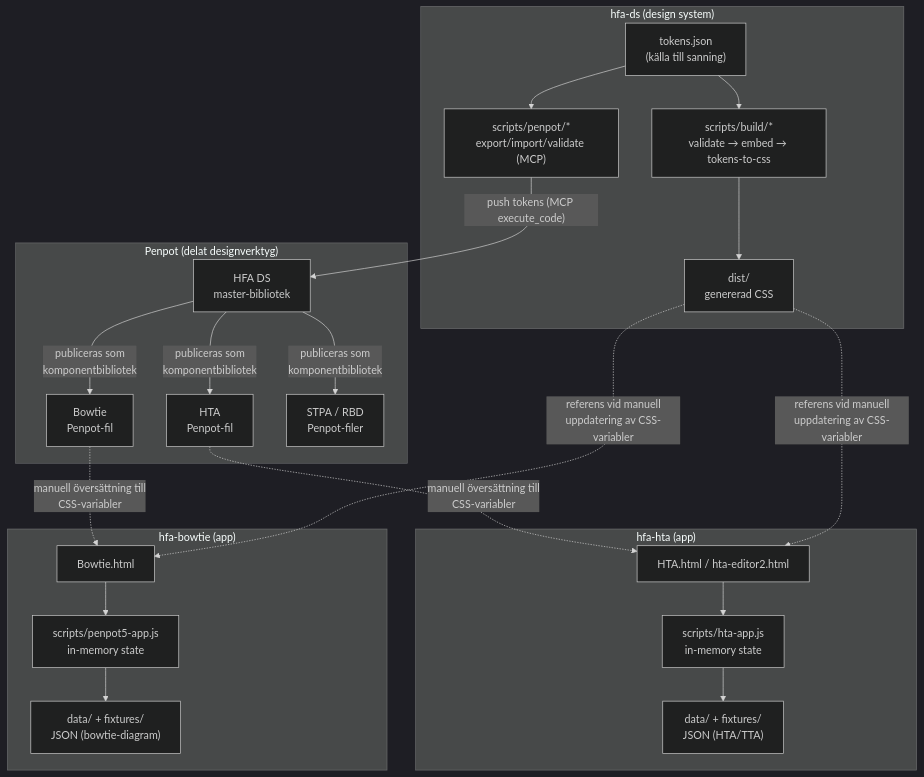
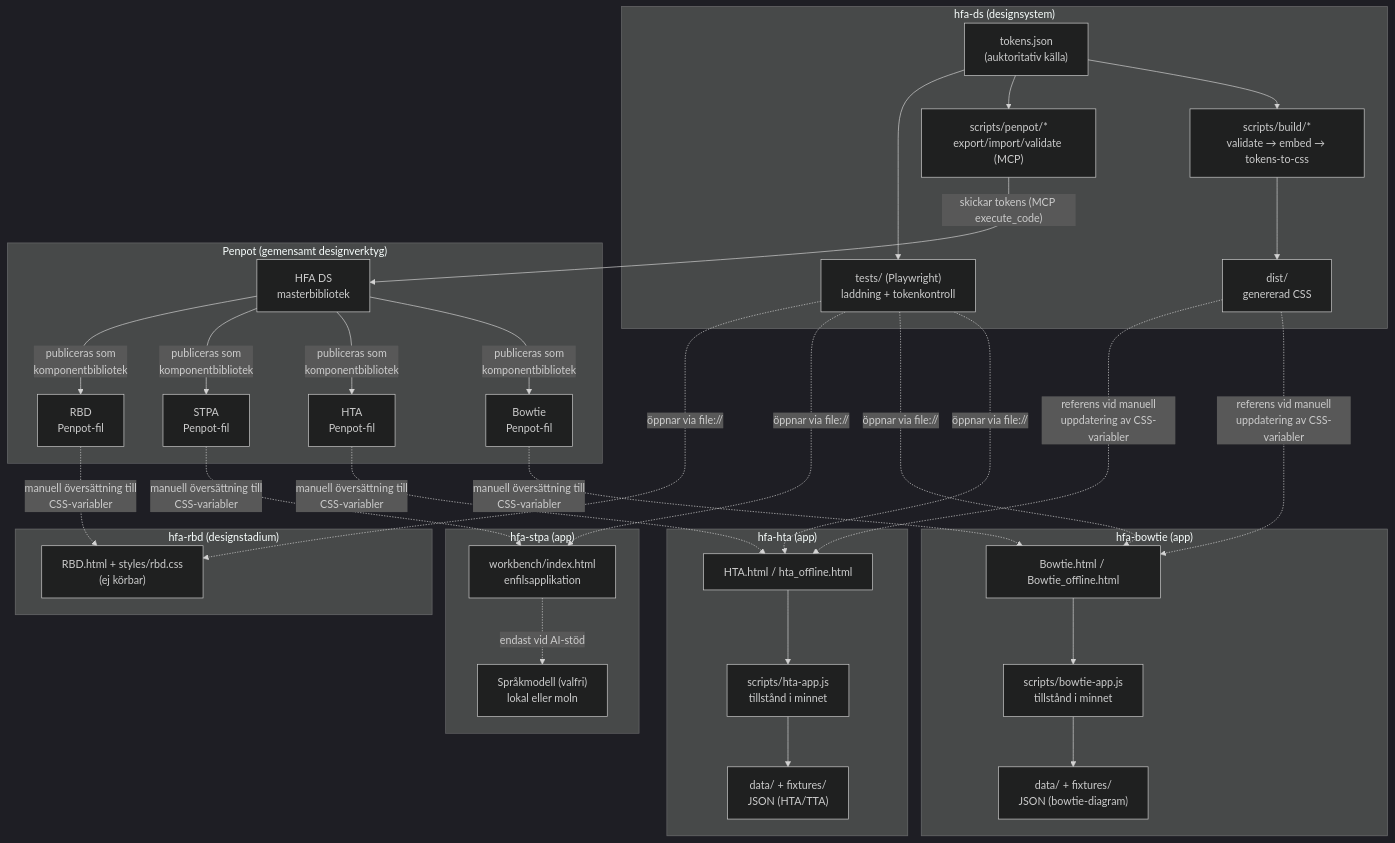
The first of 3 diagrams in arkitektur.md (larswpettersson/hfa-ds), drawn with Mermaid (dark theme) before and after one commit. The commit also changed other lines of this file and 1 other file, not shown here.

First line of the commit message:
Docs: update architecture for STPA, RBD and the offline-first rationale

````diff
--- a/arkitektur.md
+++ b/arkitektur.md
@@ -23,43 +67,64 @@
 ```mermaid
 flowchart TB
-    subgraph DS["hfa-ds (design system)"]
-        tokens["tokens.json<br/>(källa till sanning)"]
+    subgraph DS["hfa-ds (designsystem)"]
+        tokens["tokens.json<br/>(auktoritativ källa)"]
         buildScripts["scripts/build/*<br/>validate → embed → tokens-to-css"]
         penpotScripts["scripts/penpot/*<br/>export/import/validate (MCP)"]
         dist["dist/<br/>genererad CSS"]
+        tests["tests/ (Playwright)<br/>laddning + tokenkontroll"]
         tokens --> buildScripts --> dist
         tokens --> penpotScripts
+        tokens --> tests
     end
 
-    subgraph Penpot["Penpot (delat designverktyg)"]
-        masterLib["HFA DS<br/>master-bibliotek"]
+    subgraph Penpot["Penpot (gemensamt designverktyg)"]
+        masterLib["HFA DS<br/>masterbibliotek"]
         bowtieFile["Bowtie<br/>Penpot-fil"]
         htaFile["HTA<br/>Penpot-fil"]
-        otherFiles["STPA / RBD<br/>Penpot-filer"]
+        stpaFile["STPA<br/>Penpot-fil"]
+        rbdFile["RBD<br/>Penpot-fil"]
     end
 
     subgraph HTA["hfa-hta (app)"]
-        htaHtml["HTA.html / hta-editor2.html"]
-        htaApp["scripts/hta-app.js<br/>in-memory state"]
+        htaHtml["HTA.html / hta_offline.html"]
+        htaApp["scripts/hta-app.js<br/>tillstånd i minnet"]
         htaData["data/ + fixtures/<br/>JSON (HTA/TTA)"]
         htaHtml --> htaApp --> htaData
     end
 
     subgraph Bowtie["hfa-bowtie (app)"]
-        bowtieHtml["Bowtie.html"]
-        bowtieApp["scripts/penpot5-app.js<br/>in-memory state"]
+        bowtieHtml["Bowtie.html / Bowtie_offline.html"]
+        bowtieApp["scripts/bowtie-app.js<br/>tillstånd i minnet"]
         bowtieData["data/ + fixtures/<br/>JSON (bowtie-diagram)"]
         bowtieHtml --> bowtieApp --> bowtieData
     end
 
-    penpotScripts -- "push tokens (MCP execute_code)" --> masterLib
+    subgraph STPA["hfa-stpa (app)"]
+        wb["workbench/index.html<br/>enfilsapplikation"]
+        llm["Språkmodell (valfri)<br/>lokal eller moln"]
+        wb -. "endast vid AI-stöd" .-> llm
+    end
+
+    subgraph RBD["hfa-rbd (designstadium)"]
+        rbdHtml["RBD.html + styles/rbd.css<br/>(ej körbar)"]
+    end
+
+    penpotScripts -- "skickar tokens (MCP execute_code)" --> masterLib
     masterLib -- "publiceras som<br/>komponentbibliotek" --> bowtieFile
     masterLib -- "publiceras som<br/>komponentbibliotek" --> htaFile
-    masterLib -- "publiceras som<br/>komponentbibliotek" --> otherFiles
+    masterLib -- "publiceras som<br/>komponentbibliotek" --> stpaFile
+    masterLib -- "publiceras som<br/>komponentbibliotek" --> rbdFile
 
     bowtieFile -. "manuell översättning till<br/>CSS-variabler" .-> bowtieHtml
     htaFile -. "manuell översättning till<br/>CSS-variabler" .-> htaHtml
+    stpaFile -. "manuell översättning till<br/>CSS-variabler" .-> wb
+    rbdFile -. "manuell översättning till<br/>CSS-variabler" .-> rbdHtml
 
     dist -. "referens vid manuell<br/>uppdatering av CSS-variabler" .-> bowtieHtml
     dist -. "referens vid manuell<br/>uppdatering av CSS-variabler" .-> htaHtml
+
+    tests -. "öppnar via file://" .-> htaHtml
+    tests -. "öppnar via file://" .-> bowtieHtml
+    tests -. "öppnar via file://" .-> wb
+    tests -. "öppnar via file://" .-> rbdHtml
 ```
````
